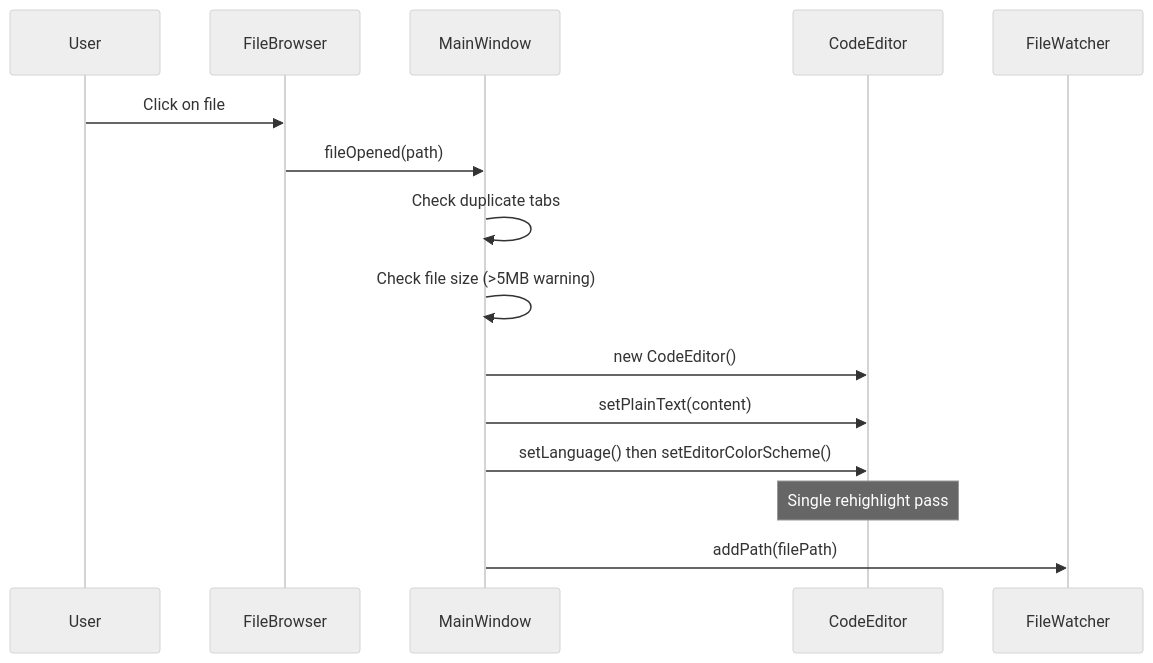
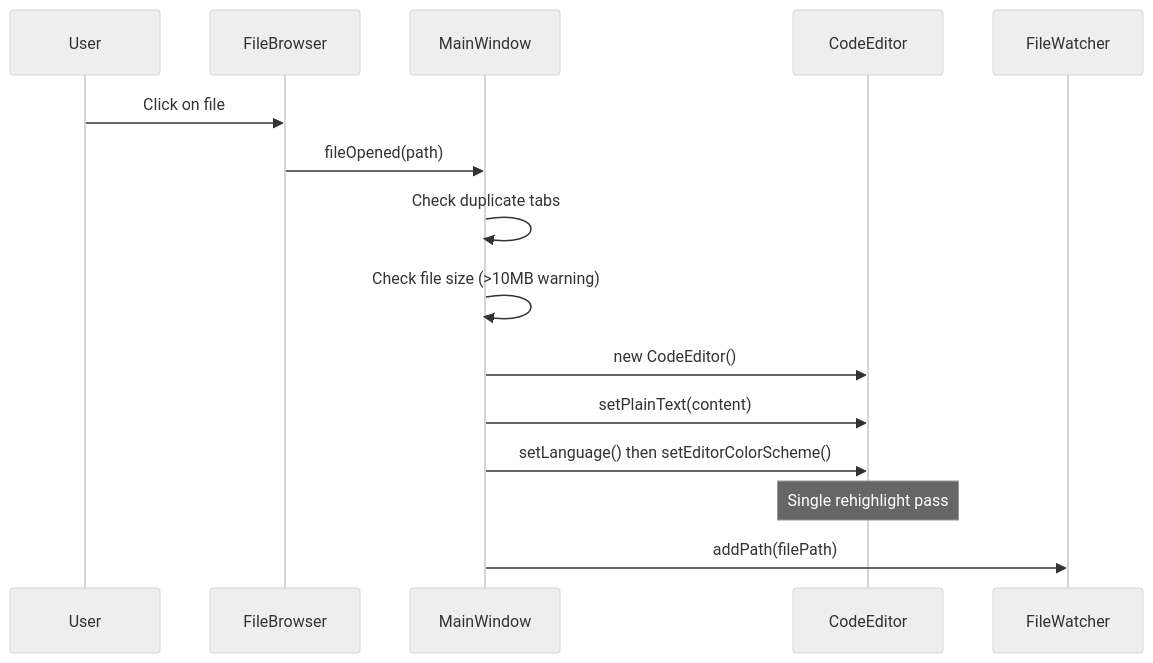
One commit to dkrse/vibe-coder changed diagram 14 of 20 in docs/diagrams.md. Above: the diagram before and after it, drawn with Mermaid (neutral theme). The commit also changed other lines of this file and 10 other files, not shown here.

````diff
--- a/docs/diagrams.md
+++ b/docs/diagrams.md
@@ -556,18 +556,18 @@
 ```mermaid
 sequenceDiagram
     participant User
     participant FileBrowser
     participant MainWindow
     participant CodeEditor
     participant FileWatcher
 
     User->>FileBrowser: Click on file
     FileBrowser->>MainWindow: fileOpened(path)
     MainWindow->>MainWindow: Check duplicate tabs
-    MainWindow->>MainWindow: Check file size (>5MB warning)
+    MainWindow->>MainWindow: Check file size (>10MB warning)
     MainWindow->>CodeEditor: new CodeEditor()
     MainWindow->>CodeEditor: setPlainText(content)
     MainWindow->>CodeEditor: setLanguage() then setEditorColorScheme()
     Note over CodeEditor: Single rehighlight pass
     MainWindow->>FileWatcher: addPath(filePath)
 ```
````
